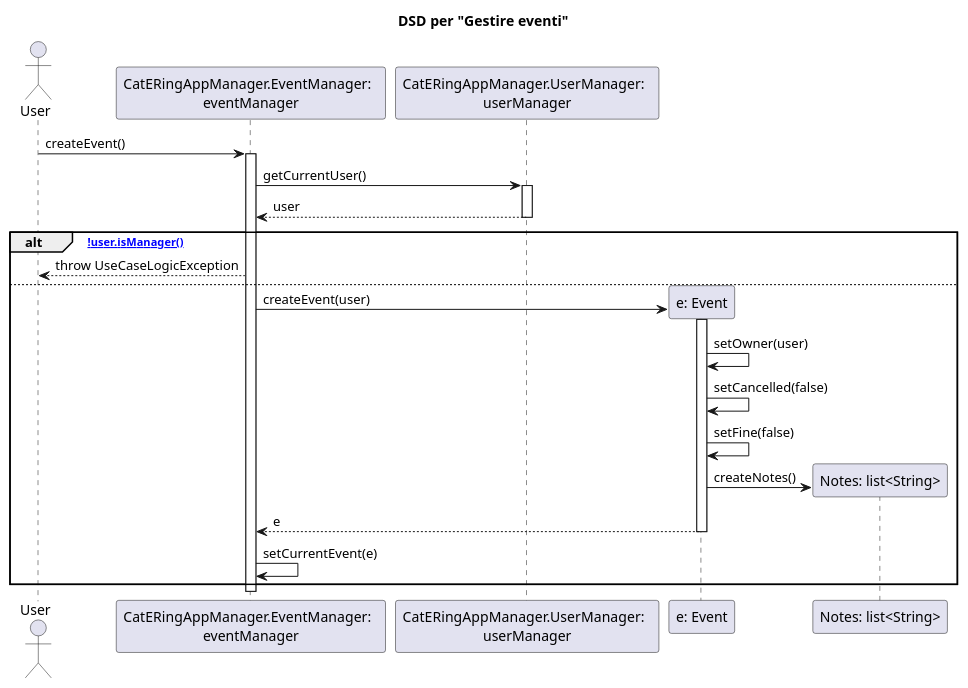
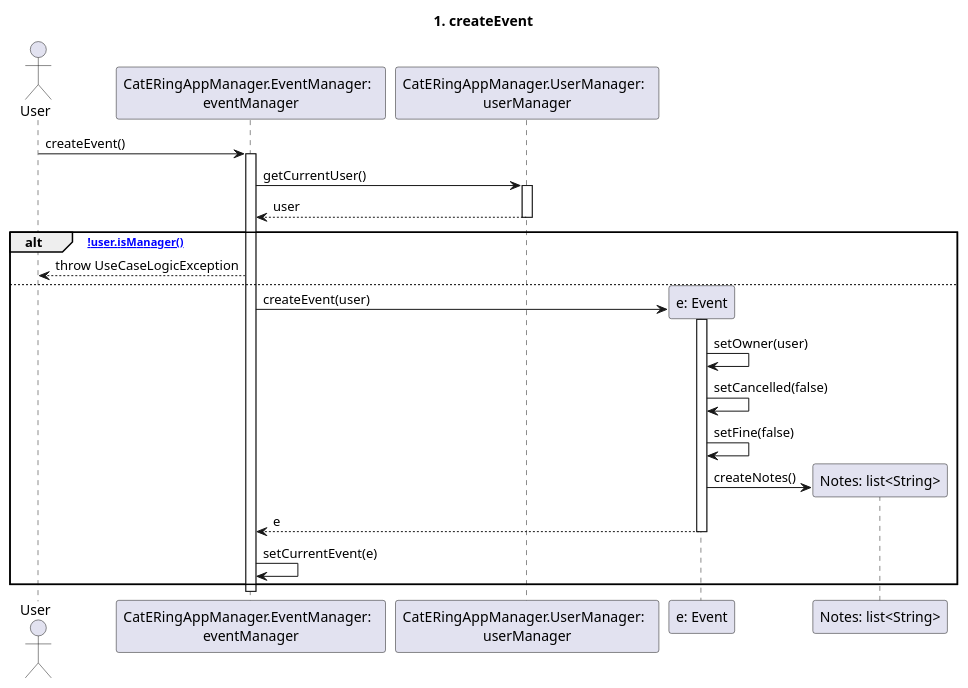
One commit to m0canu1/sas changed the diagram in dsd/dsd-eventi/scenarioPrincipale/1-createEvent.md. Above: the diagram before and after it, drawn with PlantUML. The commit also changed 13 other files, not shown here.

````diff
--- a/dsd/dsd-eventi/scenarioPrincipale/1-createEvent.md
+++ b/dsd/dsd-eventi/scenarioPrincipale/1-createEvent.md
@@ -1,42 +1,44 @@
 ```plantuml
 
 title: DSD per "Gestire eventi"
 
 Actor User
 Participant "CatERingAppManager.EventManager:  \neventManager" as EM
 Participant "CatERingAppManager.UserManager:  \nuserManager" as UM
 
 User -> EM : createEvent()
 Activate EM
 
 EM -> UM: getCurrentUser()
 Activate UM
+
+title: 1. createEvent
 
 UM --> EM: user
 Deactivate UM
 
 alt [!user.isManager()]
     EM --> User : throw UseCaseLogicException
 else
     create "e: Event"
     EM -> "e: Event": createEvent(user)
     Activate "e: Event"
         "e: Event" -> "e: Event": setOwner(user)
         "e: Event" -> "e: Event": setCancelled(false)
         "e: Event" -> "e: Event": setFine(false)
         create "Notes: list<String>"
         "e: Event" -> "Notes: list<String>": createNotes()
     "e: Event" --> EM : e
     Deactivate "e: Event"
     EM -> EM : setCurrentEvent(e)
 end
 Deactivate EM
 
 
 
 
 
 
 
 
 ```
````
